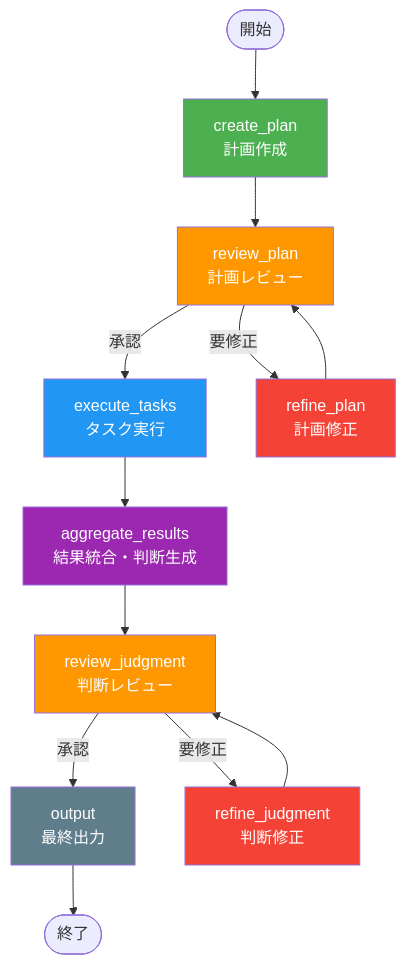
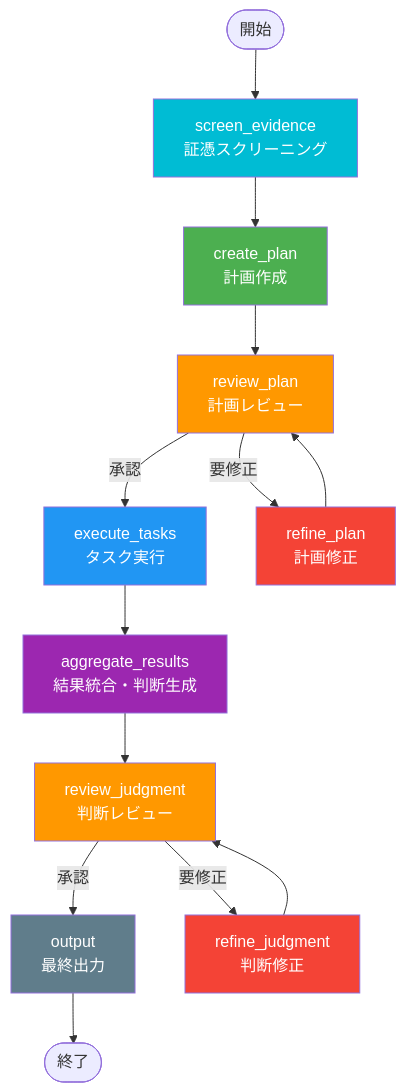
Before and after one commit to GEJFY/ic-test-ai-agent: the fifth of 6 diagrams in docs/architecture/SYSTEM_ARCHITECTURE.md, drawn with Mermaid. The commit also changed other lines of this file and 9 other files, not shown here.

````diff
--- a/docs/architecture/SYSTEM_ARCHITECTURE.md
+++ b/docs/architecture/SYSTEM_ARCHITECTURE.md
@@ -445,23 +445,25 @@
 ```mermaid
 flowchart TB
-    Start([開始]) --> CP[create_plan<br/>計画作成]
+    Start([開始]) --> SE[screen_evidence<br/>証憑スクリーニング]
+    SE --> CP[create_plan<br/>計画作成]
     CP --> RP[review_plan<br/>計画レビュー]
     RP -->|承認| ET[execute_tasks<br/>タスク実行]
     RP -->|要修正| FP[refine_plan<br/>計画修正]
     FP --> RP
     ET --> AR[aggregate_results<br/>結果統合・判断生成]
     AR --> RJ[review_judgment<br/>判断レビュー]
     RJ -->|承認| OUT[output<br/>最終出力]
     RJ -->|要修正| FJ[refine_judgment<br/>判断修正]
     FJ --> RJ
     OUT --> End([終了])
 
+    style SE fill:#00BCD4,color:#fff
     style CP fill:#4CAF50,color:#fff
     style RP fill:#FF9800,color:#fff
     style ET fill:#2196F3,color:#fff
     style AR fill:#9C27B0,color:#fff
     style RJ fill:#FF9800,color:#fff
     style OUT fill:#607D8B,color:#fff
     style FP fill:#F44336,color:#fff
     style FJ fill:#F44336,color:#fff
 ```
````
